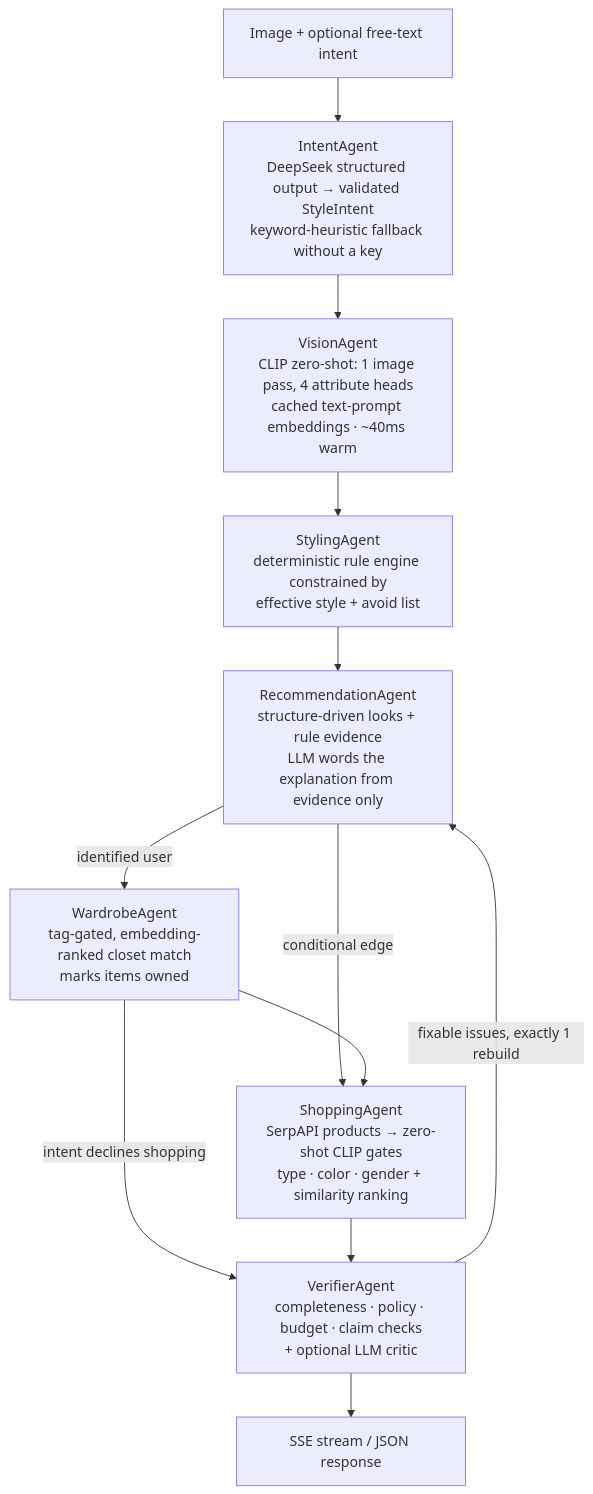
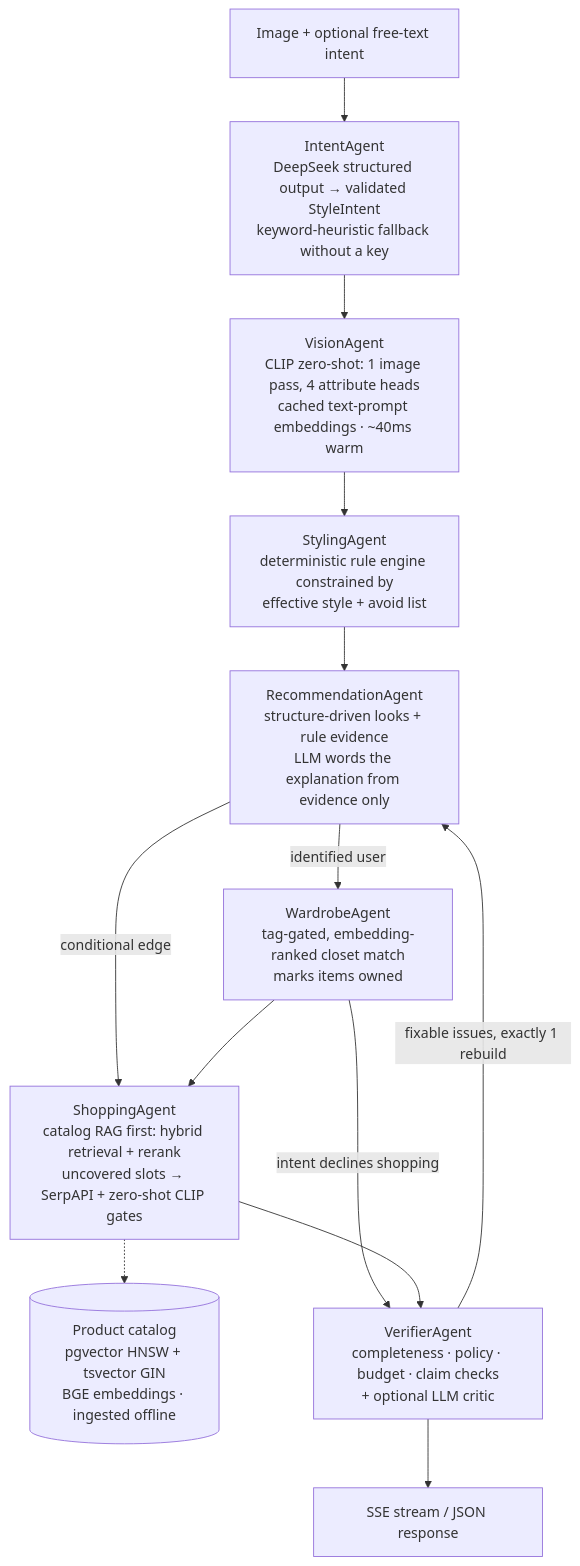
Before and after one commit to mohammedp010/synclook-ai: the diagram in README.md, drawn with Mermaid. The commit also changed other lines of this file and 3 other files, not shown here.

````diff
--- a/README.md
+++ b/README.md
@@ -14,14 +14,15 @@
 ```mermaid
 flowchart TD
     U[Image + optional free-text intent] --> I[IntentAgent<br/>DeepSeek structured output → validated StyleIntent<br/>keyword-heuristic fallback without a key]
     I --> V[VisionAgent<br/>CLIP zero-shot: 1 image pass, 4 attribute heads<br/>cached text-prompt embeddings · ~40ms warm]
     V --> S[StylingAgent<br/>deterministic rule engine constrained by<br/>effective style + avoid list]
     S --> R[RecommendationAgent<br/>structure-driven looks + rule evidence<br/>LLM words the explanation from evidence only]
     R -->|identified user| W[WardrobeAgent<br/>tag-gated, embedding-ranked closet match<br/>marks items owned]
     R -->|conditional edge| SH
-    W --> SH[ShoppingAgent<br/>SerpAPI products → zero-shot CLIP gates<br/>type · color · gender + similarity ranking]
+    W --> SH[ShoppingAgent<br/>catalog RAG first: hybrid retrieval + rerank<br/>uncovered slots → SerpAPI + zero-shot CLIP gates]
+    SH -.-> C[(Product catalog<br/>pgvector HNSW + tsvector GIN<br/>BGE embeddings · ingested offline)]
     W -->|intent declines shopping| VF
     SH --> VF[VerifierAgent<br/>completeness · policy · budget · claim checks<br/>+ optional LLM critic]
     VF -->|fixable issues, exactly 1 rebuild| R
     VF --> OUT[SSE stream / JSON response]
 ```
````
